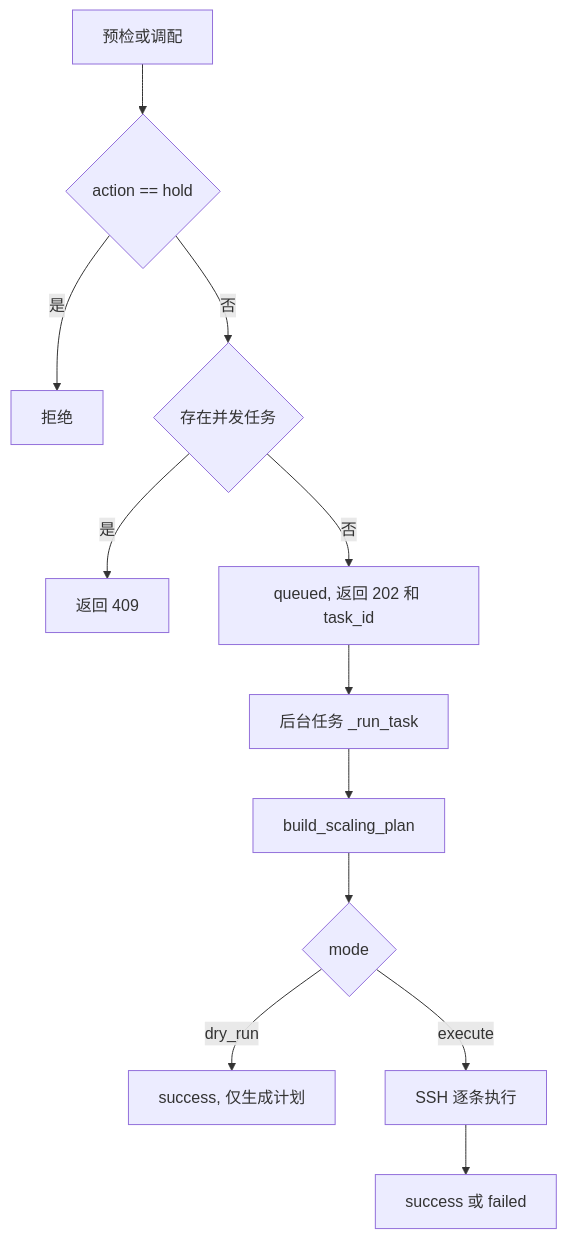
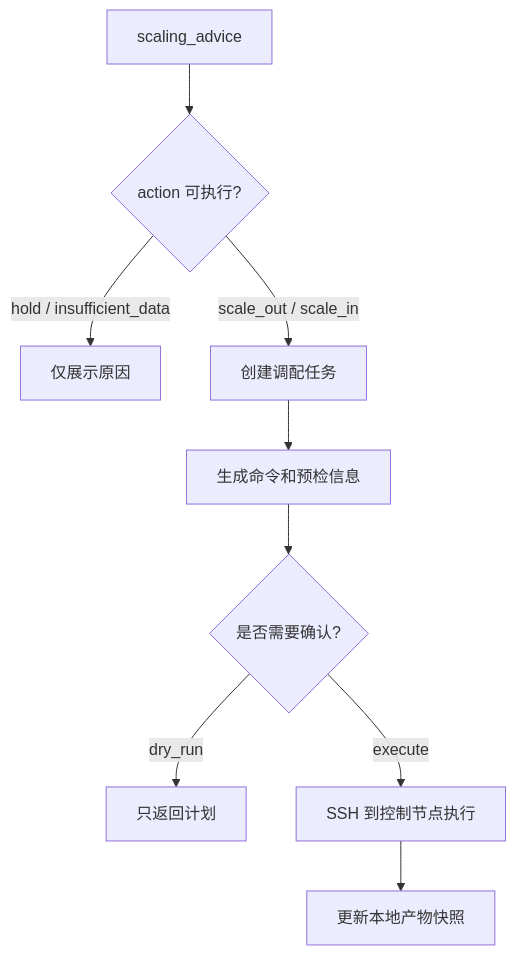
The fourth of 4 diagrams in README.md (zorocui/resource_predict), drawn with Mermaid before and after one commit. The commit also changed other lines of this file and 41 other files, not shown here.

````diff
--- a/README.md
+++ b/README.md
@@ -873,14 +175,11 @@
 ```mermaid
 flowchart TB
-    Start["预检或调配"] --> Hold{"action == hold"}
-    Hold -->|是| Deny["拒绝"]
-    Hold -->|否| Dup{"存在并发任务"}
-    Dup -->|是| Conflict["返回 409"]
-    Dup -->|否| Queued["queued, 返回 202 和 task_id"]
-    Queued --> BG["后台任务 _run_task"]
-    BG --> Plan["build_scaling_plan"]
-    Plan --> Mode{"mode"}
-    Mode -->|dry_run| DryRunOk["success, 仅生成计划"]
-    Mode -->|execute| SSH["SSH 逐条执行"]
-    SSH --> Done["success 或 failed"]
+    Advice["scaling_advice"] --> Gate{"action 可执行?"}
+    Gate -->|hold / insufficient_data| Stop["仅展示原因"]
+    Gate -->|scale_out / scale_in| Task["创建调配任务"]
+    Task --> Plan["生成命令和预检信息"]
+    Plan --> Confirm{"是否需要确认?"}
+    Confirm -->|dry_run| Done["只返回计划"]
+    Confirm -->|execute| Run["SSH 到控制节点执行"]
+    Run --> Snapshot["更新本地产物快照"]
 ```
````
